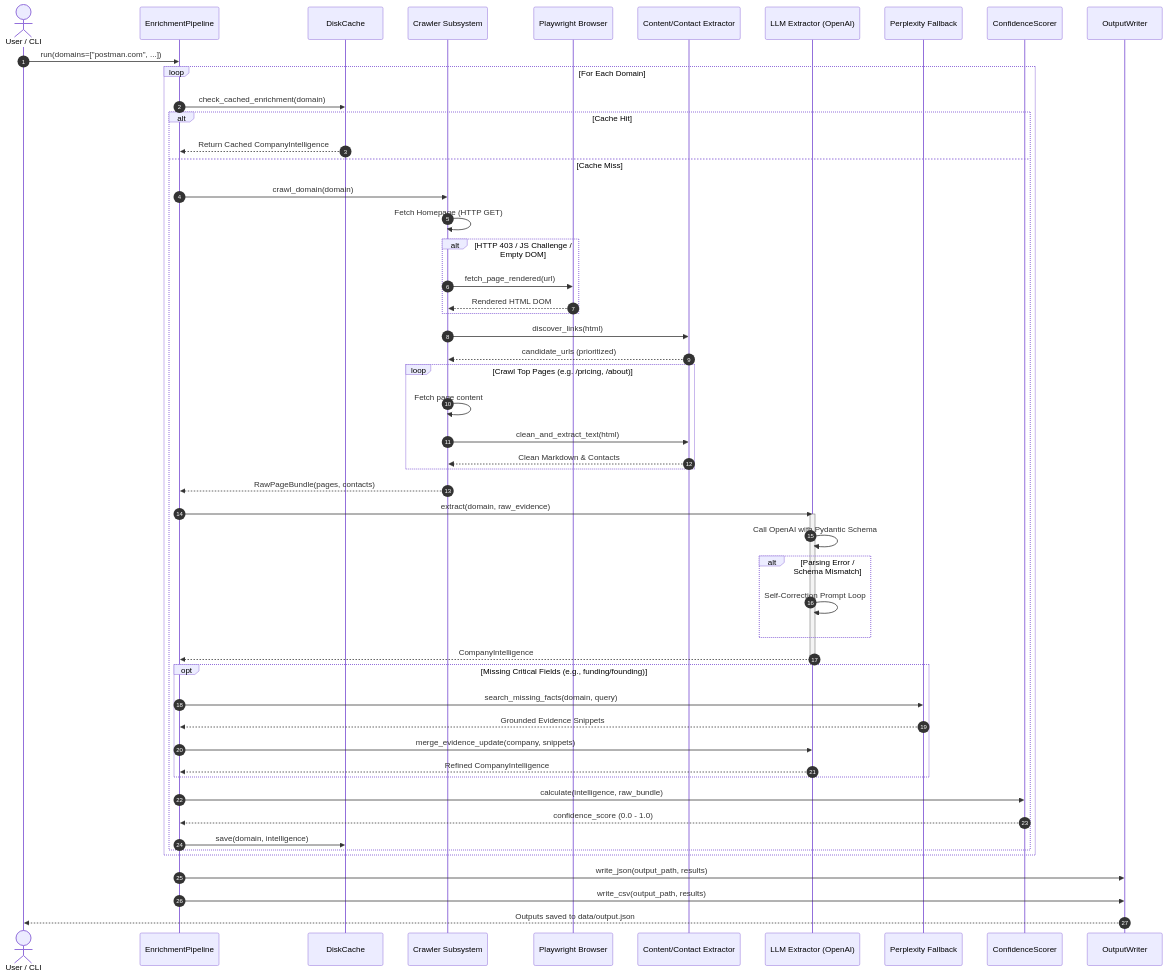
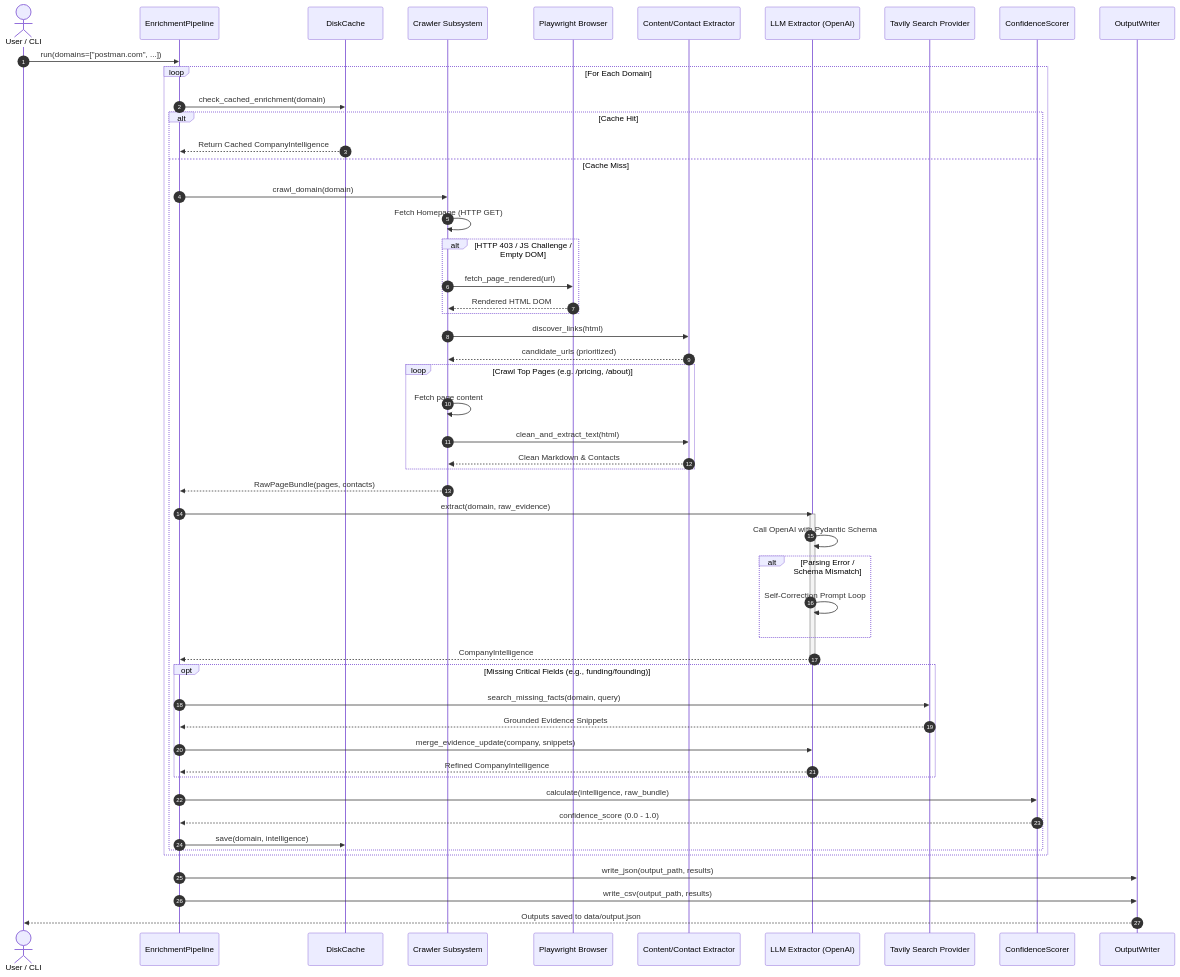
Before and after one commit to nowitsarpit/SoftwareBrio: the third of 6 diagrams in README.md, drawn with Mermaid. The commit also changed other lines of this file and 20 other files, not shown here.

````diff
--- a/README.md
+++ b/README.md
@@ -219,62 +218,62 @@
 ```mermaid
 sequenceDiagram
     autonumber
     actor User as User / CLI
     participant Pipeline as EnrichmentPipeline
     participant Cache as DiskCache
     participant Crawler as Crawler Subsystem
     participant Browser as Playwright Browser
     participant Extractor as Content/Contact Extractor
     participant LLM as LLM Extractor (OpenAI)
-    participant Search as Perplexity Fallback
+    participant Search as Tavily Search Provider
     participant Scorer as ConfidenceScorer
     participant Out as OutputWriter
 
     User->>Pipeline: run(domains=["postman.com", ...])
     loop For Each Domain
         Pipeline->>Cache: check_cached_enrichment(domain)
         alt Cache Hit
             Cache-->>Pipeline: Return Cached CompanyIntelligence
         else Cache Miss
             Pipeline->>Crawler: crawl_domain(domain)
             Crawler->>Crawler: Fetch Homepage (HTTP GET)
             alt HTTP 403 / JS Challenge / Empty DOM
                 Crawler->>Browser: fetch_page_rendered(url)
                 Browser-->>Crawler: Rendered HTML DOM
             end
             Crawler->>Extractor: discover_links(html)
             Extractor-->>Crawler: candidate_urls (prioritized)
             
             loop Crawl Top Pages (e.g. /pricing, /about)
                 Crawler->>Crawler: Fetch page content
                 Crawler->>Extractor: clean_and_extract_text(html)
                 Extractor-->>Crawler: Clean Markdown & Contacts
             end
             Crawler-->>Pipeline: RawPageBundle(pages, contacts)
 
             Pipeline->>LLM: extract(domain, raw_evidence)
             activate LLM
             LLM->>LLM: Call OpenAI with Pydantic Schema
             alt Parsing Error / Schema Mismatch
                 LLM->>LLM: Self-Correction Prompt Loop
             end
             LLM-->>Pipeline: CompanyIntelligence
             deactivate LLM
 
             opt Missing Critical Fields (e.g., funding/founding)
                 Pipeline->>Search: search_missing_facts(domain, query)
                 Search-->>Pipeline: Grounded Evidence Snippets
                 Pipeline->>LLM: merge_evidence_update(company, snippets)
                 LLM-->>Pipeline: Refined CompanyIntelligence
             end
 
             Pipeline->>Scorer: calculate(intelligence, raw_bundle)
             Scorer-->>Pipeline: confidence_score (0.0 - 1.0)
             Pipeline->>Cache: save(domain, intelligence)
         end
     end
 
     Pipeline->>Out: write_json(output_path, results)
     Pipeline->>Out: write_csv(output_path, results)
     Out-->>User: Outputs saved to data/output.json
 ```
````
